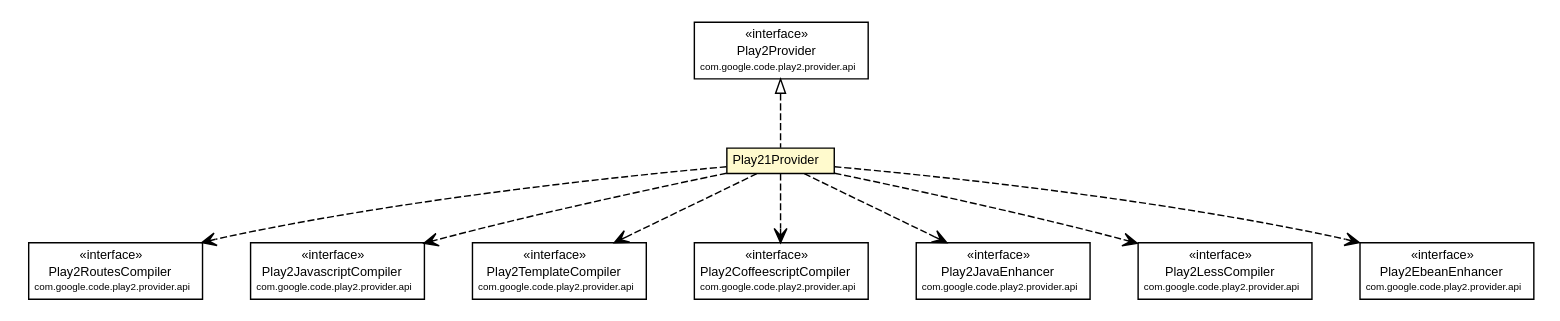
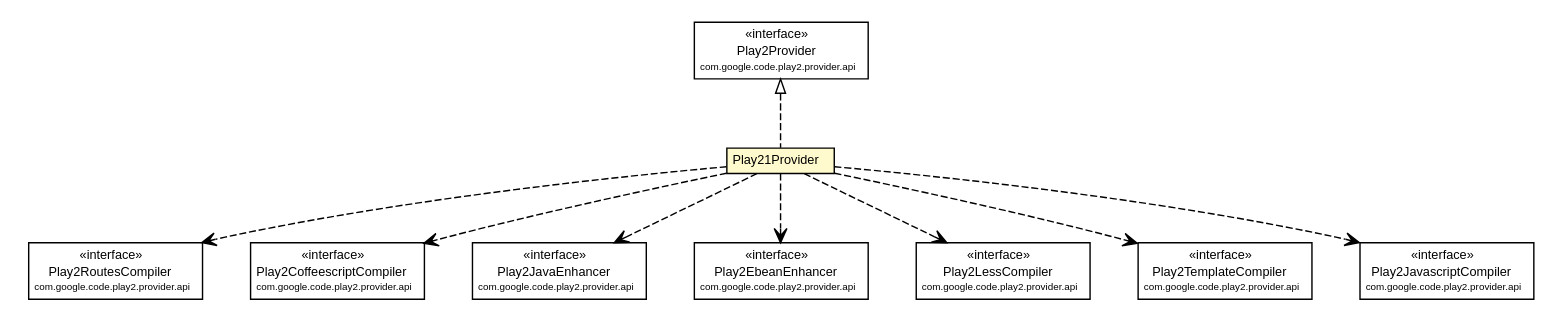
One commit to wouterhardeman/play2-maven-plugin changed the diagram in mavensite/1.0.0-beta2-SNAPSHOT/play2-providers/play2-provider-play21/apidocs/com/google/code/play2/provider/play21/Play21Provider.dot. Above: the diagram before and after it, drawn with Graphviz. The commit also changed 240 other files, not shown here.

```diff
--- a/mavensite/1.0.0-beta2-SNAPSHOT/play2-providers/play2-provider-play21/apidocs/com/google/code/play2/provider/play21/Play21Provider.dot
+++ b/mavensite/1.0.0-beta2-SNAPSHOT/play2-providers/play2-provider-play21/apidocs/com/google/code/play2/provider/play21/Play21Provider.dot
@@ -1,98 +1,98 @@
 #!/usr/local/bin/dot
 #
 # Class diagram 
 # Generated by UMLGraph version R5_6-24-gf6e263 (http://www.umlgraph.org/)
 #
 
 digraph G {
 	edge [fontname="arial",fontsize=10,labelfontname="arial",labelfontsize=10];
 	node [fontname="arial",fontsize=10,shape=plaintext];
 	nodesep=0.25;
 	ranksep=0.5;
 	// com.google.code.play2.provider.play21.Play21Provider
 	c172 [label=<<table title="com.google.code.play2.provider.play21.Play21Provider" border="0" cellborder="1" cellspacing="0" cellpadding="2" port="p" bgcolor="lemonChiffon" href="./Play21Provider.html">
 		<tr><td><table border="0" cellspacing="0" cellpadding="1">
 <tr><td align="center" balign="center"> Play21Provider </td></tr>
 		</table></td></tr>
 		</table>>, URL="./Play21Provider.html", fontname="arial", fontcolor="black", fontsize=9.0];
 	//com.google.code.play2.provider.play21.Play21Provider implements com.google.code.play2.provider.api.Play2Provider
 	c181:p -> c172:p [dir=back,arrowtail=empty,style=dashed];
 	// com.google.code.play2.provider.play21.Play21Provider DEPEND com.google.code.play2.provider.api.Play2RoutesCompiler
 	c172:p -> c182:p [taillabel="", label="", headlabel="", fontname="arial", fontcolor="black", fontsize=10.0, color="black", arrowhead=open, style=dashed];
+	// com.google.code.play2.provider.play21.Play21Provider DEPEND com.google.code.play2.provider.api.Play2CoffeescriptCompiler
+	c172:p -> c183:p [taillabel="", label="", headlabel="", fontname="arial", fontcolor="black", fontsize=10.0, color="black", arrowhead=open, style=dashed];
+	// com.google.code.play2.provider.play21.Play21Provider DEPEND com.google.code.play2.provider.api.Play2JavaEnhancer
+	c172:p -> c184:p [taillabel="", label="", headlabel="", fontname="arial", fontcolor="black", fontsize=10.0, color="black", arrowhead=open, style=dashed];
+	// com.google.code.play2.provider.play21.Play21Provider DEPEND com.google.code.play2.provider.api.Play2EbeanEnhancer
+	c172:p -> c185:p [taillabel="", label="", headlabel="", fontname="arial", fontcolor="black", fontsize=10.0, color="black", arrowhead=open, style=dashed];
+	// com.google.code.play2.provider.play21.Play21Provider DEPEND com.google.code.play2.provider.api.Play2LessCompiler
+	c172:p -> c186:p [taillabel="", label="", headlabel="", fontname="arial", fontcolor="black", fontsize=10.0, color="black", arrowhead=open, style=dashed];
+	// com.google.code.play2.provider.play21.Play21Provider DEPEND com.google.code.play2.provider.api.Play2TemplateCompiler
+	c172:p -> c187:p [taillabel="", label="", headlabel="", fontname="arial", fontcolor="black", fontsize=10.0, color="black", arrowhead=open, style=dashed];
 	// com.google.code.play2.provider.play21.Play21Provider DEPEND com.google.code.play2.provider.api.Play2JavascriptCompiler
-	c172:p -> c183:p [taillabel="", label="", headlabel="", fontname="arial", fontcolor="black", fontsize=10.0, color="black", arrowhead=open, style=dashed];
-	// com.google.code.play2.provider.play21.Play21Provider DEPEND com.google.code.play2.provider.api.Play2TemplateCompiler
-	c172:p -> c184:p [taillabel="", label="", headlabel="", fontname="arial", fontcolor="black", fontsize=10.0, color="black", arrowhead=open, style=dashed];
-	// com.google.code.play2.provider.play21.Play21Provider DEPEND com.google.code.play2.provider.api.Play2CoffeescriptCompiler
-	c172:p -> c185:p [taillabel="", label="", headlabel="", fontname="arial", fontcolor="black", fontsize=10.0, color="black", arrowhead=open, style=dashed];
-	// com.google.code.play2.provider.play21.Play21Provider DEPEND com.google.code.play2.provider.api.Play2JavaEnhancer
-	c172:p -> c186:p [taillabel="", label="", headlabel="", fontname="arial", fontcolor="black", fontsize=10.0, color="black", arrowhead=open, style=dashed];
-	// com.google.code.play2.provider.play21.Play21Provider DEPEND com.google.code.play2.provider.api.Play2LessCompiler
-	c172:p -> c187:p [taillabel="", label="", headlabel="", fontname="arial", fontcolor="black", fontsize=10.0, color="black", arrowhead=open, style=dashed];
-	// com.google.code.play2.provider.play21.Play21Provider DEPEND com.google.code.play2.provider.api.Play2EbeanEnhancer
 	c172:p -> c188:p [taillabel="", label="", headlabel="", fontname="arial", fontcolor="black", fontsize=10.0, color="black", arrowhead=open, style=dashed];
+	// com.google.code.play2.provider.api.Play2EbeanEnhancer
+	c185 [label=<<table title="com.google.code.play2.provider.api.Play2EbeanEnhancer" border="0" cellborder="1" cellspacing="0" cellpadding="2" port="p">
+		<tr><td><table border="0" cellspacing="0" cellpadding="1">
+<tr><td align="center" balign="center"> &#171;interface&#187; </td></tr>
+<tr><td align="center" balign="center"> Play2EbeanEnhancer </td></tr>
+<tr><td align="center" balign="center"><font point-size="7.0"> com.google.code.play2.provider.api </font></td></tr>
+		</table></td></tr>
+		</table>>, URL="null", fontname="arial", fontcolor="black", fontsize=9.0];
 	// com.google.code.play2.provider.api.Play2LessCompiler
-	c187 [label=<<table title="com.google.code.play2.provider.api.Play2LessCompiler" border="0" cellborder="1" cellspacing="0" cellpadding="2" port="p">
+	c186 [label=<<table title="com.google.code.play2.provider.api.Play2LessCompiler" border="0" cellborder="1" cellspacing="0" cellpadding="2" port="p">
 		<tr><td><table border="0" cellspacing="0" cellpadding="1">
 <tr><td align="center" balign="center"> &#171;interface&#187; </td></tr>
 <tr><td align="center" balign="center"> Play2LessCompiler </td></tr>
 <tr><td align="center" balign="center"><font point-size="7.0"> com.google.code.play2.provider.api </font></td></tr>
 		</table></td></tr>
 		</table>>, URL="null", fontname="arial", fontcolor="black", fontsize=9.0];
-	// com.google.code.play2.provider.api.Play2EbeanEnhancer
-	c188 [label=<<table title="com.google.code.play2.provider.api.Play2EbeanEnhancer" border="0" cellborder="1" cellspacing="0" cellpadding="2" port="p">
-		<tr><td><table border="0" cellspacing="0" cellpadding="1">
-<tr><td align="center" balign="center"> &#171;interface&#187; </td></tr>
-<tr><td align="center" balign="center"> Play2EbeanEnhancer </td></tr>
-<tr><td align="center" balign="center"><font point-size="7.0"> com.google.code.play2.provider.api </font></td></tr>
-		</table></td></tr>
-		</table>>, URL="null", fontname="arial", fontcolor="black", fontsize=9.0];
 	// com.google.code.play2.provider.api.Play2CoffeescriptCompiler
-	c185 [label=<<table title="com.google.code.play2.provider.api.Play2CoffeescriptCompiler" border="0" cellborder="1" cellspacing="0" cellpadding="2" port="p">
+	c183 [label=<<table title="com.google.code.play2.provider.api.Play2CoffeescriptCompiler" border="0" cellborder="1" cellspacing="0" cellpadding="2" port="p">
 		<tr><td><table border="0" cellspacing="0" cellpadding="1">
 <tr><td align="center" balign="center"> &#171;interface&#187; </td></tr>
 <tr><td align="center" balign="center"> Play2CoffeescriptCompiler </td></tr>
 <tr><td align="center" balign="center"><font point-size="7.0"> com.google.code.play2.provider.api </font></td></tr>
 		</table></td></tr>
 		</table>>, URL="null", fontname="arial", fontcolor="black", fontsize=9.0];
 	// com.google.code.play2.provider.api.Play2JavaEnhancer
-	c186 [label=<<table title="com.google.code.play2.provider.api.Play2JavaEnhancer" border="0" cellborder="1" cellspacing="0" cellpadding="2" port="p">
+	c184 [label=<<table title="com.google.code.play2.provider.api.Play2JavaEnhancer" border="0" cellborder="1" cellspacing="0" cellpadding="2" port="p">
 		<tr><td><table border="0" cellspacing="0" cellpadding="1">
 <tr><td align="center" balign="center"> &#171;interface&#187; </td></tr>
 <tr><td align="center" balign="center"> Play2JavaEnhancer </td></tr>
 <tr><td align="center" balign="center"><font point-size="7.0"> com.google.code.play2.provider.api </font></td></tr>
 		</table></td></tr>
 		</table>>, URL="null", fontname="arial", fontcolor="black", fontsize=9.0];
 	// com.google.code.play2.provider.api.Play2RoutesCompiler
 	c182 [label=<<table title="com.google.code.play2.provider.api.Play2RoutesCompiler" border="0" cellborder="1" cellspacing="0" cellpadding="2" port="p">
 		<tr><td><table border="0" cellspacing="0" cellpadding="1">
 <tr><td align="center" balign="center"> &#171;interface&#187; </td></tr>
 <tr><td align="center" balign="center"> Play2RoutesCompiler </td></tr>
 <tr><td align="center" balign="center"><font point-size="7.0"> com.google.code.play2.provider.api </font></td></tr>
 		</table></td></tr>
 		</table>>, URL="null", fontname="arial", fontcolor="black", fontsize=9.0];
 	// com.google.code.play2.provider.api.Play2JavascriptCompiler
-	c183 [label=<<table title="com.google.code.play2.provider.api.Play2JavascriptCompiler" border="0" cellborder="1" cellspacing="0" cellpadding="2" port="p">
+	c188 [label=<<table title="com.google.code.play2.provider.api.Play2JavascriptCompiler" border="0" cellborder="1" cellspacing="0" cellpadding="2" port="p">
 		<tr><td><table border="0" cellspacing="0" cellpadding="1">
 <tr><td align="center" balign="center"> &#171;interface&#187; </td></tr>
 <tr><td align="center" balign="center"> Play2JavascriptCompiler </td></tr>
 <tr><td align="center" balign="center"><font point-size="7.0"> com.google.code.play2.provider.api </font></td></tr>
 		</table></td></tr>
 		</table>>, URL="null", fontname="arial", fontcolor="black", fontsize=9.0];
 	// com.google.code.play2.provider.api.Play2Provider
 	c181 [label=<<table title="com.google.code.play2.provider.api.Play2Provider" border="0" cellborder="1" cellspacing="0" cellpadding="2" port="p">
 		<tr><td><table border="0" cellspacing="0" cellpadding="1">
 <tr><td align="center" balign="center"> &#171;interface&#187; </td></tr>
 <tr><td align="center" balign="center"> Play2Provider </td></tr>
 <tr><td align="center" balign="center"><font point-size="7.0"> com.google.code.play2.provider.api </font></td></tr>
 		</table></td></tr>
 		</table>>, URL="null", fontname="arial", fontcolor="black", fontsize=9.0];
 	// com.google.code.play2.provider.api.Play2TemplateCompiler
-	c184 [label=<<table title="com.google.code.play2.provider.api.Play2TemplateCompiler" border="0" cellborder="1" cellspacing="0" cellpadding="2" port="p">
+	c187 [label=<<table title="com.google.code.play2.provider.api.Play2TemplateCompiler" border="0" cellborder="1" cellspacing="0" cellpadding="2" port="p">
 		<tr><td><table border="0" cellspacing="0" cellpadding="1">
 <tr><td align="center" balign="center"> &#171;interface&#187; </td></tr>
 <tr><td align="center" balign="center"> Play2TemplateCompiler </td></tr>
 <tr><td align="center" balign="center"><font point-size="7.0"> com.google.code.play2.provider.api </font></td></tr>
 		</table></td></tr>
 		</table>>, URL="null", fontname="arial", fontcolor="black", fontsize=9.0];
 }
```
